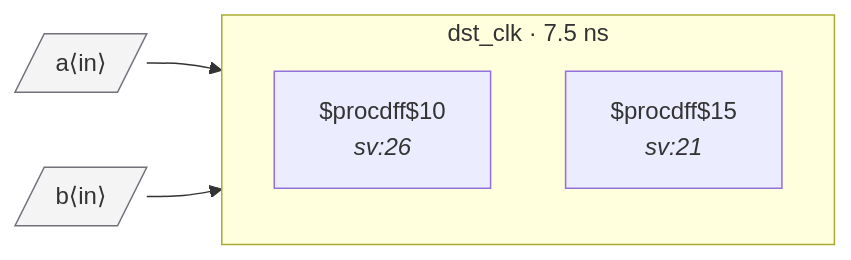
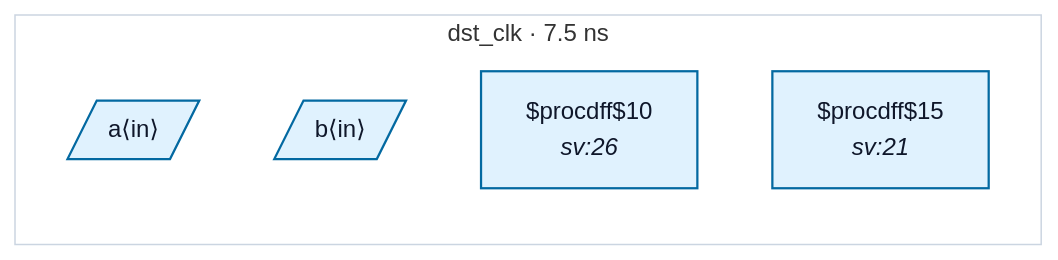
Before and after one commit to rtl-buddy/rtl-buddy-cdc: the diagram in tests/fixtures/good_input_delay_domain/README.md, drawn with Mermaid. The commit also changed 71 other files, not shown here.

````diff
--- a/tests/fixtures/good_input_delay_domain/README.md
+++ b/tests/fixtures/good_input_delay_domain/README.md
@@ -16,14 +16,15 @@
 ```mermaid
 %% good_input_delay_domain — generated by rtl-buddy-cdc render
 flowchart LR
   subgraph clk_dst_clk["dst_clk · 7.5 ns"]
     direction TB
-    f_c4d40458["$procdff$10<br/><i>sv:26</i>"]
-    f_9befd40e["$procdff$15<br/><i>sv:21</i>"]
+    p_in_a[/"a⟨in⟩"/]:::ckcls_dst_clk
+    p_in_b[/"b⟨in⟩"/]:::ckcls_dst_clk
+    f_c4d40458["$procdff$10<br/><i>sv:26</i>"]:::ckcls_dst_clk
+    f_9befd40e["$procdff$15<br/><i>sv:21</i>"]:::ckcls_dst_clk
   end
-  p_in_a[/"a⟨in⟩"/]:::port
-  p_in_b[/"b⟨in⟩"/]:::port
-  p_in_a --> f_c4d40458
-  p_in_b --> f_c4d40458
-  classDef port fill:#f4f4f5,stroke:#71717a
+  style clk_dst_clk fill:none,stroke:#cbd5e1
+  classDef ckcls_dst_clk fill:#e0f2fe,stroke:#0369a1,stroke-width:1.5px,color:#0f172a
+  classDef port_unassigned fill:#f4f4f5,stroke:#71717a,color:#0f172a
+  classDef ckcls_legend_neutral fill:#ffffff,stroke:#cbd5e1,stroke-width:1px,color:#0f172a
 ```
````
